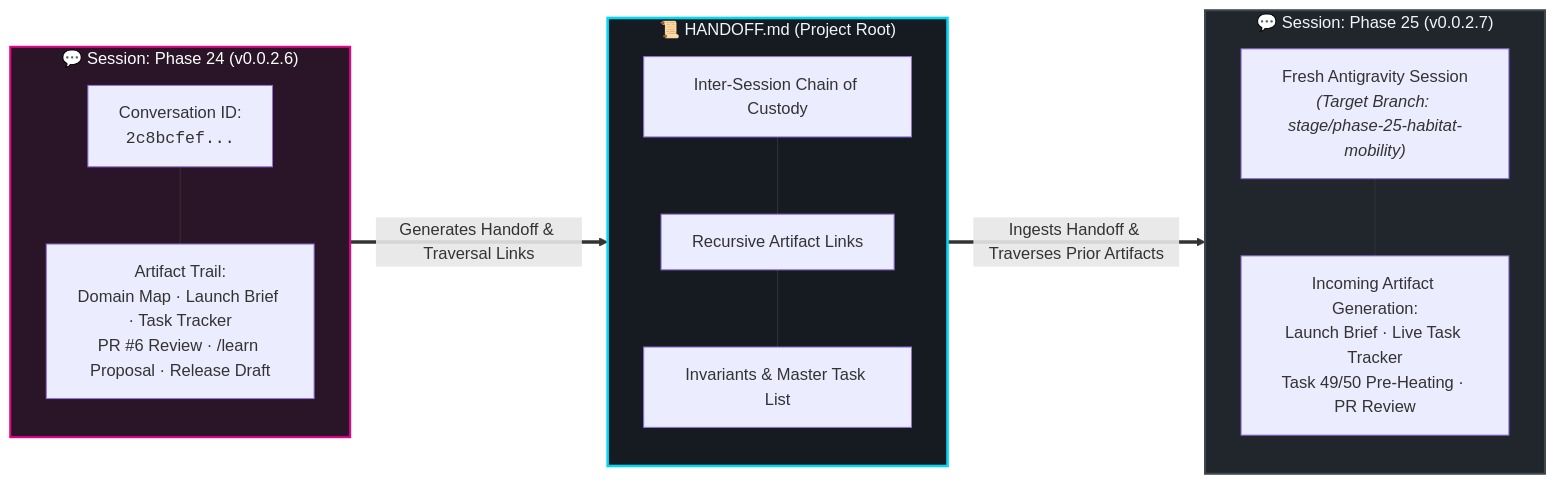
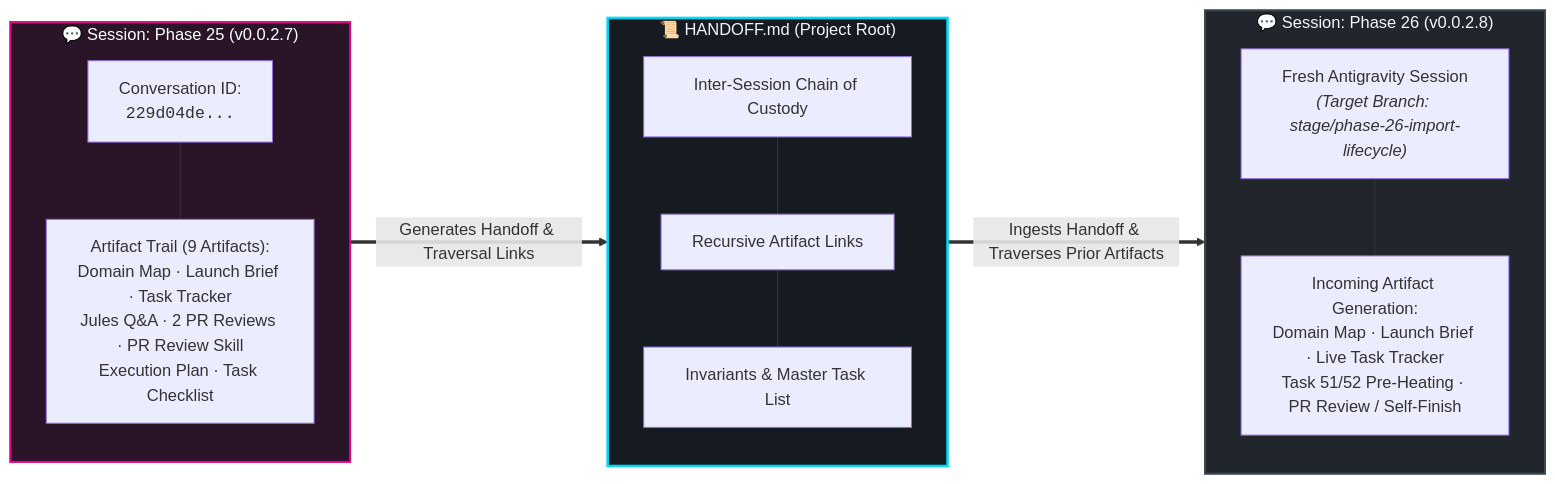
The first of 2 diagrams in HANDOFF.md (ClawStackStudios/ShellGuard), drawn with Mermaid before and after one commit. The commit also changed other lines of this file, not shown here.

First line of the commit message:
docs: update inter-session handoff protocol & root HANDOFF.md for Phase 26

````diff
--- a/HANDOFF.md
+++ b/HANDOFF.md
@@ -23,35 +23,35 @@
 ```mermaid
 flowchart LR
-    subgraph S24 ["💬 Session: Phase 24 (v0.0.2.6)"]
+    subgraph S25 ["💬 Session: Phase 25 (v0.0.2.7)"]
         direction TB
-        C24["Conversation ID:<br/><code>2c8bcfef...</code>"]
-        A24["Artifact Trail:<br/>Domain Map · Launch Brief · Task Tracker<br/>PR #6 Review · /learn Proposal · Release Draft"]
-        C24 --- A24
+        C25["Conversation ID:<br/><code>229d04de...</code>"]
+        A25["Artifact Trail (9 Artifacts):<br/>Domain Map · Launch Brief · Task Tracker<br/>Jules Q&A · 2 PR Reviews · PR Review Skill<br/>Execution Plan · Task Checklist"]
+        C25 --- A25
     end
 
     subgraph Hand ["📜 HANDOFF.md (Project Root)"]
         direction TB
         H1["Inter-Session Chain of Custody"]
         H2["Recursive Artifact Links"]
         H3["Invariants & Master Task List"]
         H1 --- H2 --- H3
     end
 
-    subgraph S25 ["💬 Session: Phase 25 (v0.0.2.7)"]
+    subgraph S26 ["💬 Session: Phase 26 (v0.0.2.8)"]
         direction TB
-        C25["Fresh Antigravity Session<br/><i>(Target Branch: stage/phase-25-habitat-mobility)</i>"]
-        A25["Incoming Artifact Generation:<br/>Launch Brief · Live Task Tracker<br/>Task 49/50 Pre-Heating · PR Review"]
-        C25 --- A25
+        C26["Fresh Antigravity Session<br/><i>(Target Branch: stage/phase-26-import-lifecycle)</i>"]
+        A26["Incoming Artifact Generation:<br/>Domain Map · Launch Brief · Live Task Tracker<br/>Task 51/52 Pre-Heating · PR Review / Self-Finish"]
+        C26 --- A26
     end
 
-    S24 ==>|"Generates Handoff & Traversal Links"| Hand
-    Hand ==>|"Ingests Handoff & Traverses Prior Artifacts"| S25
+    S25 ==>|"Generates Handoff & Traversal Links"| Hand
+    Hand ==>|"Ingests Handoff & Traverses Prior Artifacts"| S26
 
-    classDef s24Style fill:#2A1428,stroke:#E4048A,stroke-width:2px,color:#FFFFFF;
+    classDef s25Style fill:#2A1428,stroke:#E4048A,stroke-width:2px,color:#FFFFFF;
     classDef handStyle fill:#161B22,stroke:#00D8F6,stroke-width:2.5px,color:#F0F6FC;
-    classDef s25Style fill:#21262D,stroke:#3D484E,stroke-width:2px,color:#F0F6FC;
+    classDef s26Style fill:#21262D,stroke:#3D484E,stroke-width:2px,color:#F0F6FC;
 
-    class S24 s24Style;
+    class S25 s25Style;
     class Hand handStyle;
-    class S25 s25Style;
+    class S26 s26Style;
 ```
````
